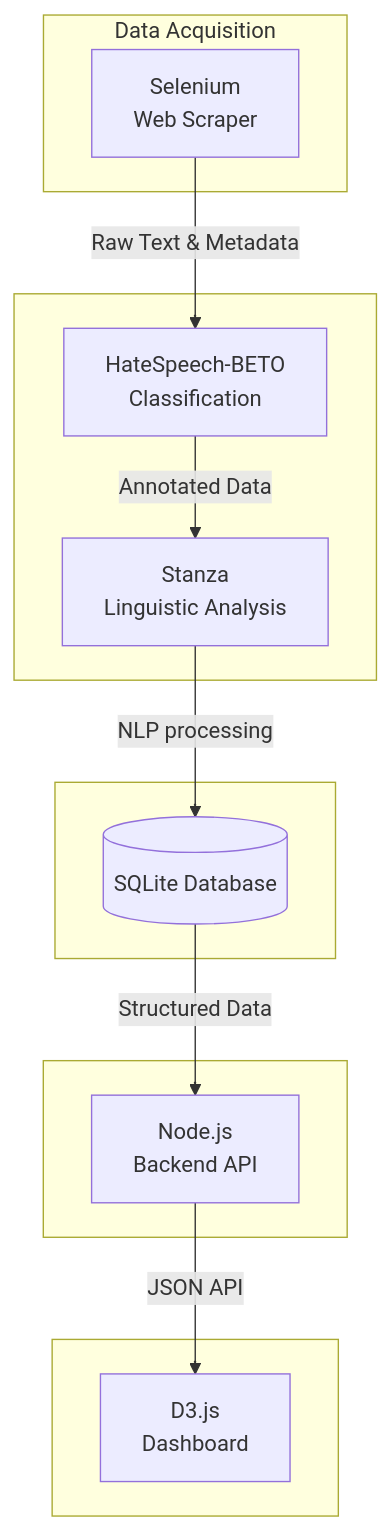
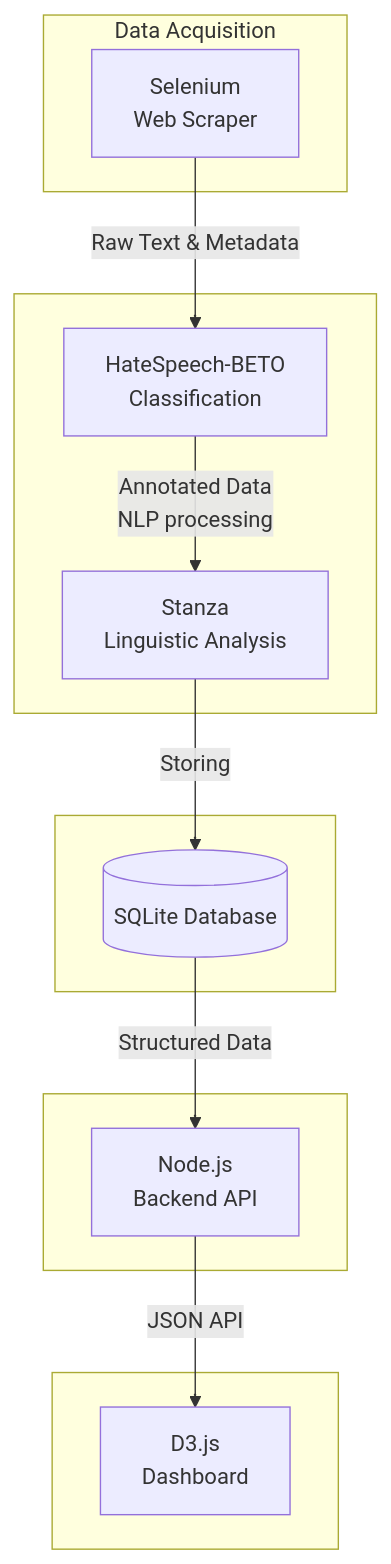
One commit to delarosajav/Content-Moderator_Full-Stack-Tool changed the diagram in README.md. Above: the diagram before and after it, drawn with Mermaid.

````diff
--- a/README.md
+++ b/README.md
@@ -35,29 +35,29 @@
 ```mermaid
 flowchart TB
     subgraph S1[Data Acquisition]
         A[Selenium<br>Web Scraper]
     end
 
     subgraph S2[.]
         B[HateSpeech-BETO<br>Classification]
         C[Stanza<br>Linguistic Analysis]
     end
 
     subgraph S3[.]
         D[(SQLite Database)]
     end
 
     subgraph S4[.]
         E[Node.js<br>Backend API]
     end
 
     subgraph S5[.]
         F[D3.js<br>Dashboard]
     end
 
     A -- "Raw Text & Metadata" --> B
-    B -- "Annotated Data" --> C
-    C -- "NLP processing" --> D
+    B -- "Annotated Data<br>NLP processing" --> C
+    C -- "Storing" --> D
     D -- "Structured Data" --> E
     E -- "JSON API" --> F
 ```
````
